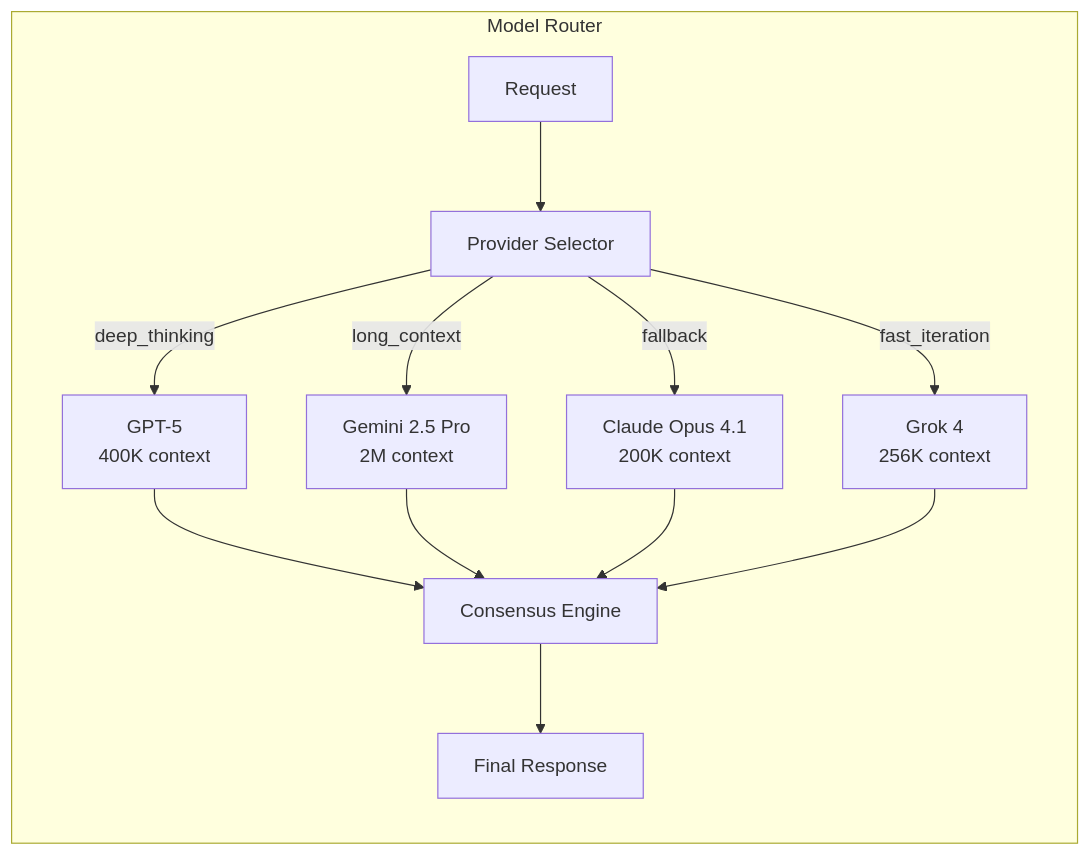
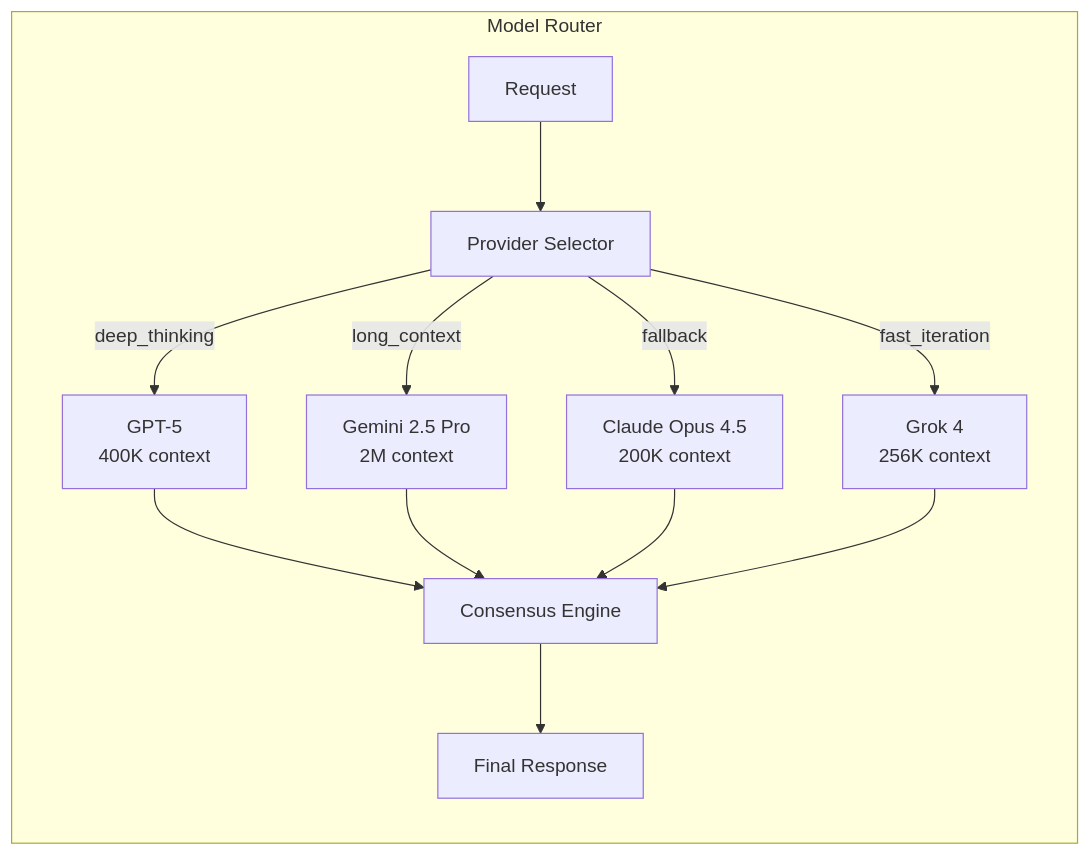
Before and after one commit to Tony363/SuperClaude: the ninth of 15 diagrams in README.md, drawn with Mermaid. The commit also changed other lines of this file, not shown here.

````diff
--- a/README.md
+++ b/README.md
@@ -498,18 +531,18 @@
 ```mermaid
 graph LR
     subgraph "Model Router"
         Input[Request] --> Selector[Provider Selector]
 
         Selector --> |deep_thinking| GPT5[GPT-5<br/>400K context]
         Selector --> |long_context| Gemini[Gemini 2.5 Pro<br/>2M context]
-        Selector --> |fallback| Claude[Claude Opus 4.1<br/>200K context]
+        Selector --> |fallback| Claude[Claude Opus 4.5<br/>200K context]
         Selector --> |fast_iteration| Grok[Grok 4<br/>256K context]
 
         GPT5 --> Consensus[Consensus Engine]
         Gemini --> Consensus
         Claude --> Consensus
         Grok --> Consensus
 
         Consensus --> Output[Final Response]
     end
 ```
````
